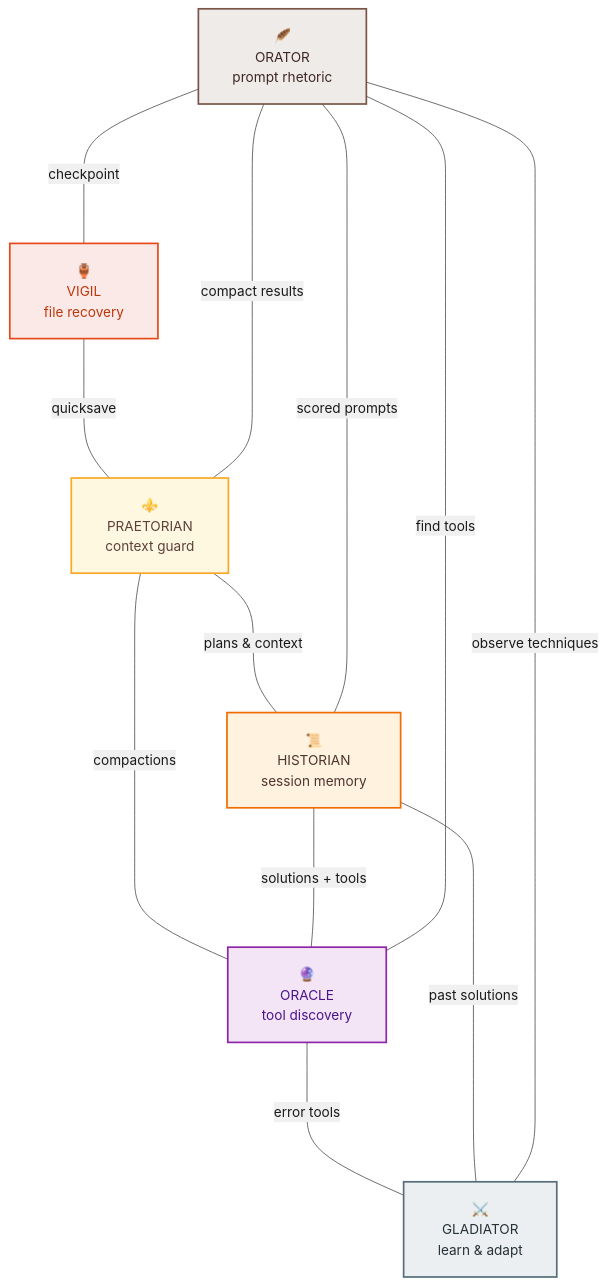
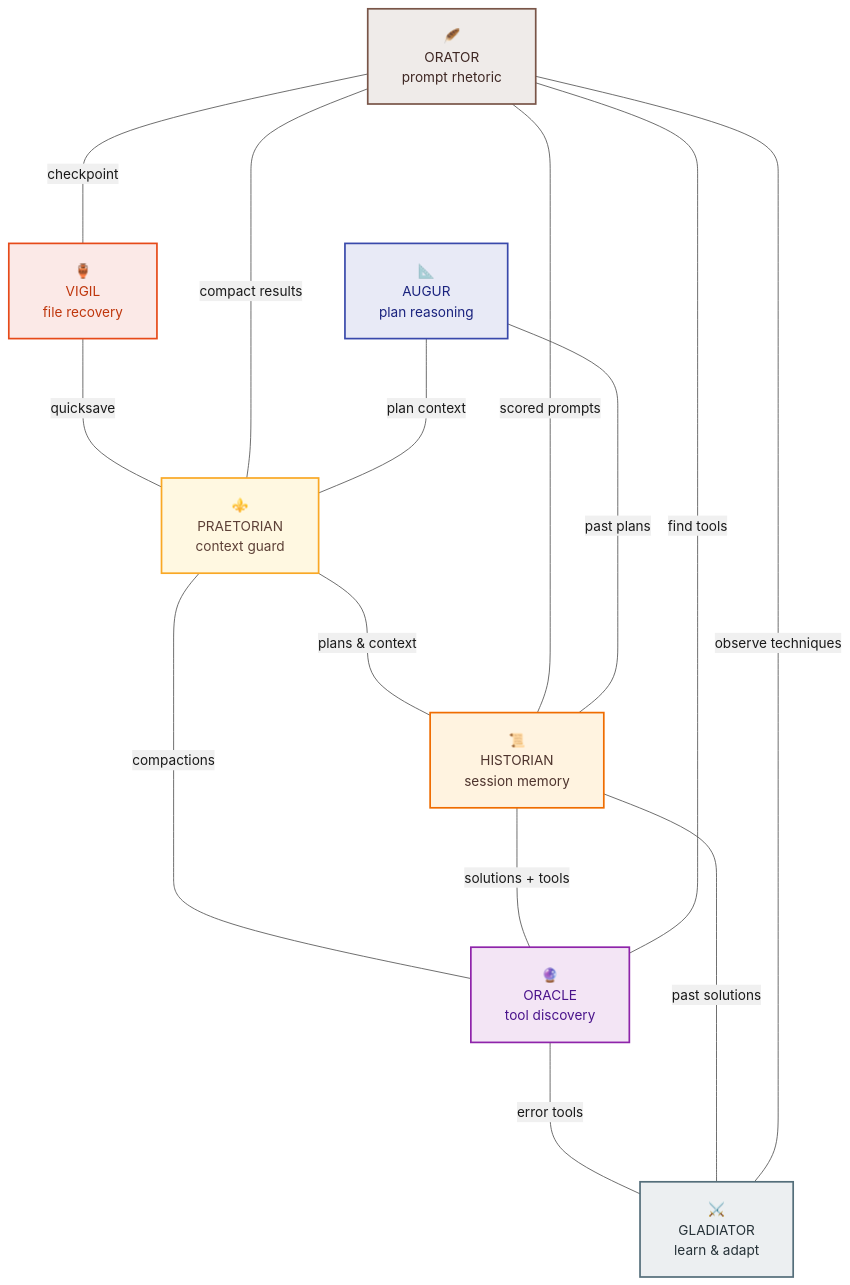
One commit to Vvkmnn/claude-emporium-beta changed the diagram in README.md. Above: the diagram before and after it, drawn with Mermaid. The commit also changed other lines of this file and 21 other files, not shown here.

````diff
--- a/README.md
+++ b/README.md
@@ -534,29 +558,33 @@
 ```mermaid
 %%{init: {'theme': 'base', 'htmlLabels': true, 'themeVariables': {'primaryColor': '#f5f5f5', 'primaryTextColor': '#1a1a1a', 'primaryBorderColor': '#cccccc', 'lineColor': '#555555', 'edgeLabelBackground': '#f0f0f0', 'fontSize': '16px'}, 'flowchart': {'nodeSpacing': 80, 'rankSpacing': 70, 'curve': 'basis', 'padding': 20}}}%%
 flowchart TD
     P["⚜️<br/>PRAETORIAN<br/>context guard"]:::gold
     H["📜<br/>HISTORIAN<br/>session memory"]:::scroll
     V["🏺<br/>VIGIL<br/>file recovery"]:::amphora
     O["🔮<br/>ORACLE<br/>tool discovery"]:::crystal
     G["⚔️<br/>GLADIATOR<br/>learn & adapt"]:::steel
     R["🪶<br/>ORATOR<br/>prompt rhetoric"]:::quill
+    A["📐<br/>AUGUR<br/>plan reasoning"]:::compass
 
     P ----|"  plans & context  "| H
     V ----|"  quicksave  "| P
     P ----|"  compactions  "| O
     H ----|"  solutions + tools  "| O
     O ----|"  error tools  "| G
     H ----|"  past solutions  "| G
     R ----|"  scored prompts  "| H
     R ----|"  compact results  "| P
     R ----|"  find tools  "| O
     R ----|"  observe techniques  "| G
     R ----|"  checkpoint  "| V
+    A ----|"  plan context  "| P
+    A ----|"  past plans  "| H
 
     classDef gold fill:#fff8e1,stroke:#f9a825,stroke-width:2px,color:#5d4037
     classDef scroll fill:#fff3e0,stroke:#ef6c00,stroke-width:2px,color:#4e342e
     classDef amphora fill:#fbe9e7,stroke:#e64a19,stroke-width:2px,color:#bf360c
     classDef crystal fill:#f3e5f5,stroke:#8e24aa,stroke-width:2px,color:#4a148c
     classDef steel fill:#eceff1,stroke:#546e7a,stroke-width:2px,color:#263238
     classDef quill fill:#efebe9,stroke:#795548,stroke-width:2px,color:#3e2723
+    classDef compass fill:#e8eaf6,stroke:#3949ab,stroke-width:2px,color:#1a237e
 ```
````
